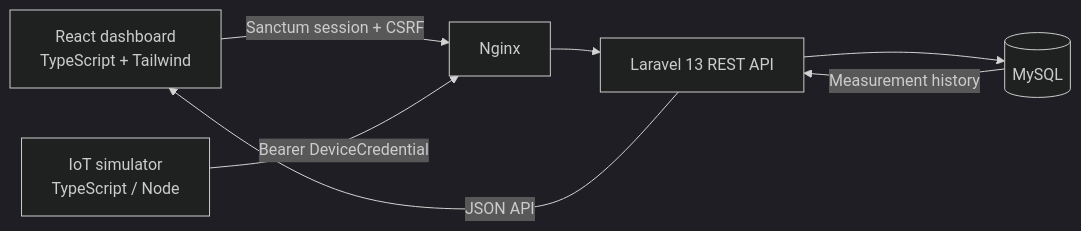
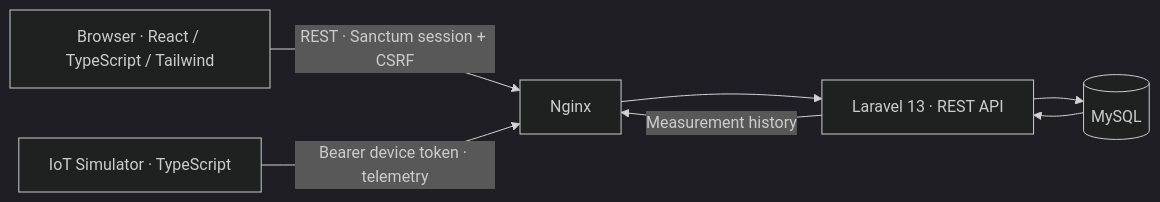
One commit to MatheusRodrigues-Dev/SensorHub changed the diagram in README.md. Above: the diagram before and after it, drawn with Mermaid (dark theme). The commit also changed other lines of this file and 5 other files, not shown here.

````diff
--- a/README.md
+++ b/README.md
@@ -26,15 +21,9 @@
 ```mermaid
 flowchart LR
-    Browser["React dashboard<br/>TypeScript + Tailwind"]
-    Simulator["IoT simulator<br/>TypeScript / Node"]
-    Nginx["Nginx"]
-    API["Laravel 13 REST API"]
-    DB[("MySQL")]
-
-    Browser -->|"Sanctum session + CSRF"| Nginx
-    Simulator -->|"Bearer DeviceCredential"| Nginx
-    Nginx --> API
-    API --> DB
-    DB -->|"Measurement history"| API
-    API -->|"JSON API"| Browser
+    Browser["Browser · React / TypeScript / Tailwind"] -->|"REST · Sanctum session + CSRF"| Nginx
+    Simulator["IoT Simulator · TypeScript"] -->|"Bearer device token · telemetry"| Nginx
+    Nginx --> API["Laravel 13 · REST API"]
+    API --> Database[(MySQL)]
+    Database --> API
+    API -->|"Measurement history"| Nginx
 ```
````
